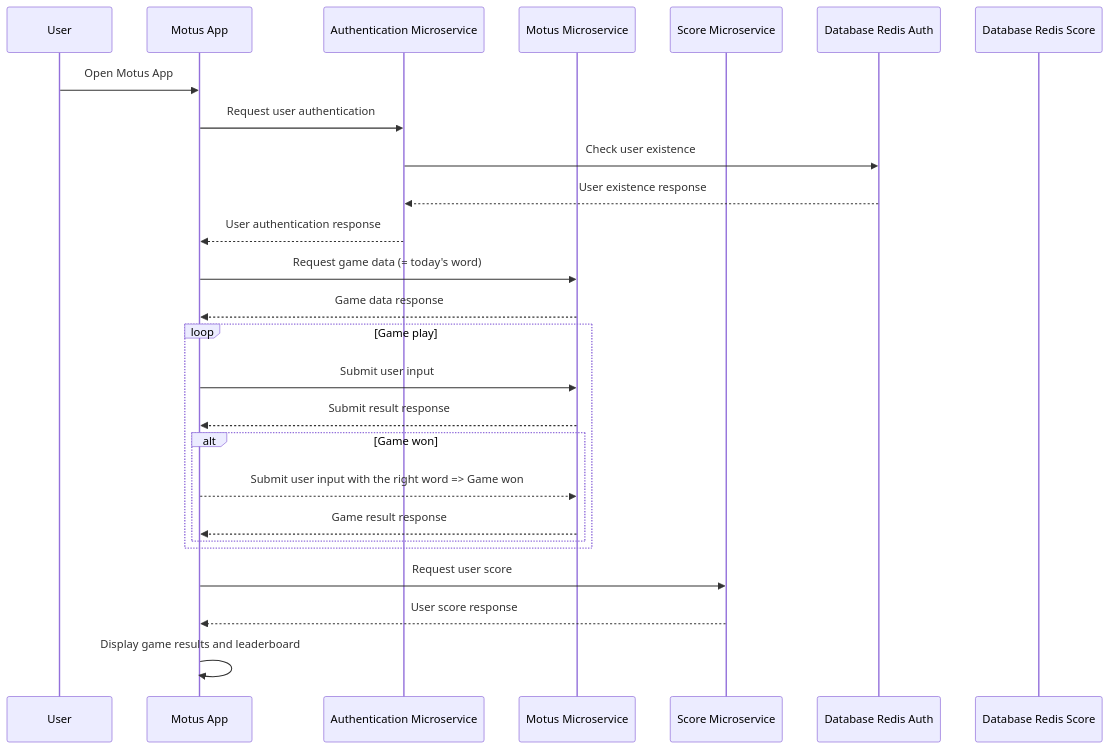
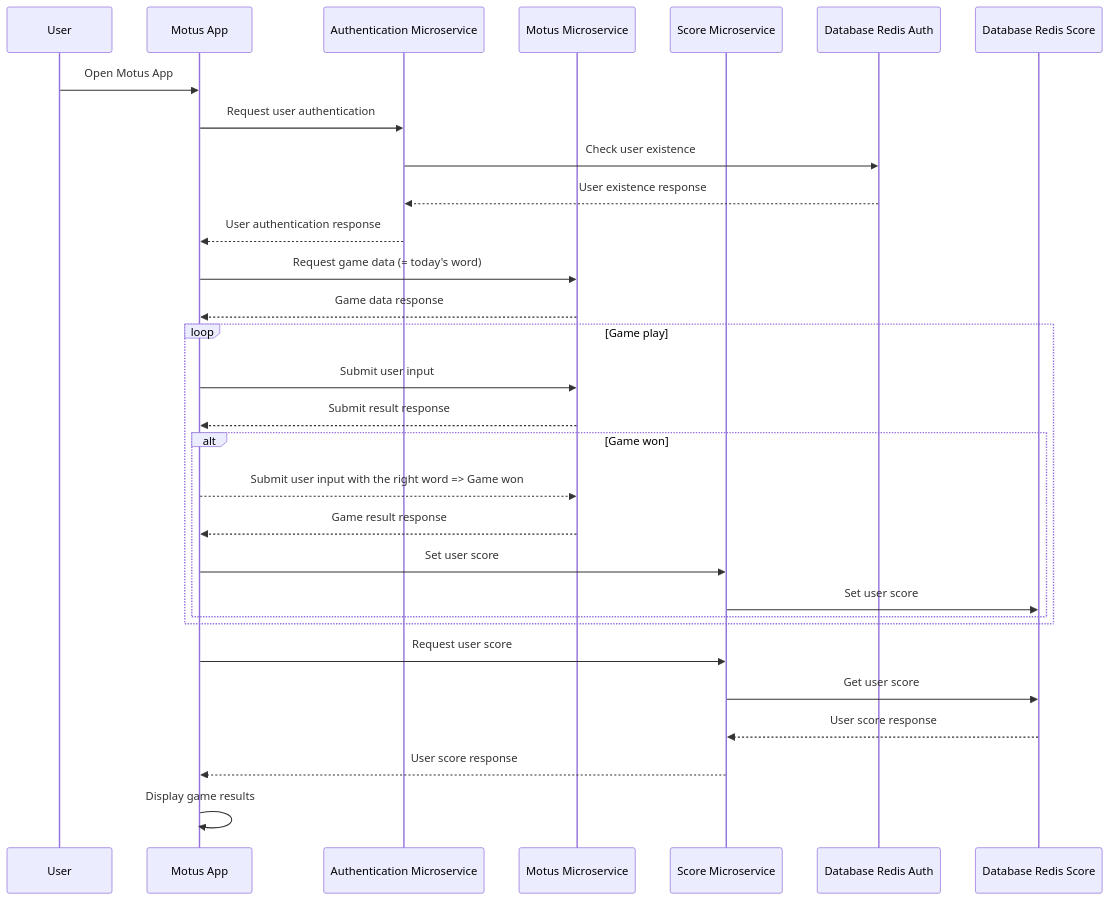
The second of 2 diagrams in README.md (SarahMesroua/ms-motus), drawn with Mermaid before and after one commit. The commit also changed other lines of this file, not shown here.

````diff
--- a/README.md
+++ b/README.md
@@ -39,30 +39,35 @@
 ```mermaid
 sequenceDiagram
     participant User
     participant Motus App
     participant Authentication Microservice
     participant Motus Microservice
     participant Score Microservice
     participant Database Redis Auth
     participant Database Redis Score
 
 
     User->>Motus App: Open Motus App
     Motus App->>Authentication Microservice: Request user authentication
     Authentication Microservice->>Database Redis Auth: Check user existence
     Database Redis Auth-->>Authentication Microservice: User existence response
     Authentication Microservice-->>Motus App: User authentication response
     Motus App->>Motus Microservice: Request game data (= today's word)
     Motus Microservice-->>Motus App: Game data response
     loop Game play
         Motus App->>Motus Microservice: Submit user input
         Motus Microservice-->>Motus App: Submit result response
         alt Game won
             Motus App-->>Motus Microservice: Submit user input with the right word => Game won
             Motus Microservice-->>Motus App: Game result response
+            Motus App->>Score Microservice: Set user score
+            Score Microservice->>Database Redis Score: Set user score
+
         end
     end
     Motus App->>Score Microservice: Request user score
+    Score Microservice->>Database Redis Score: Get user score
+    Database Redis Score-->>Score Microservice: User score response
     Score Microservice-->>Motus App: User score response
-    Motus App->>Motus App: Display game results and leaderboard
+    Motus App->>Motus App: Display game results
 ```
````
